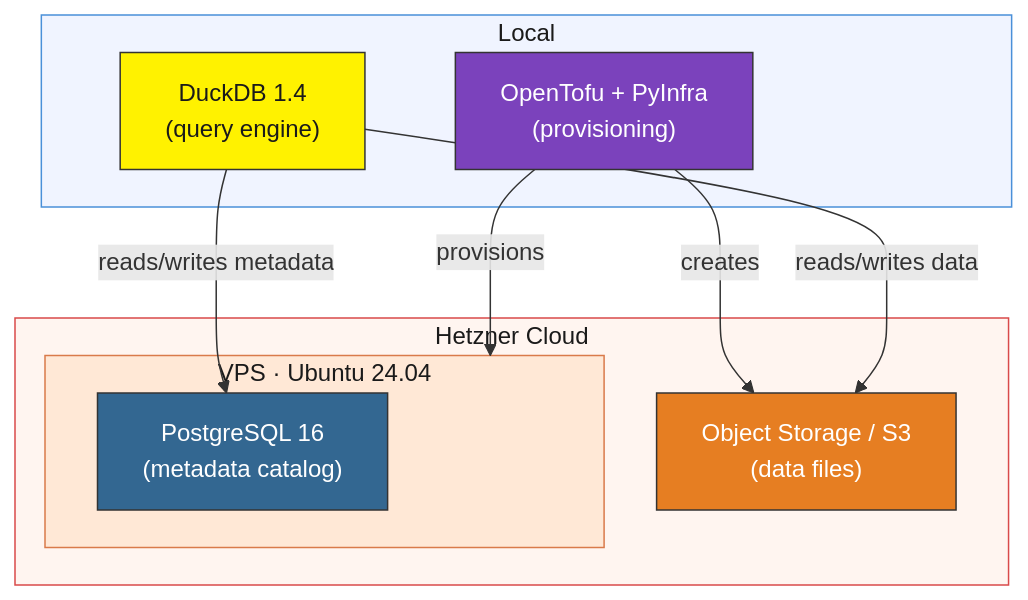
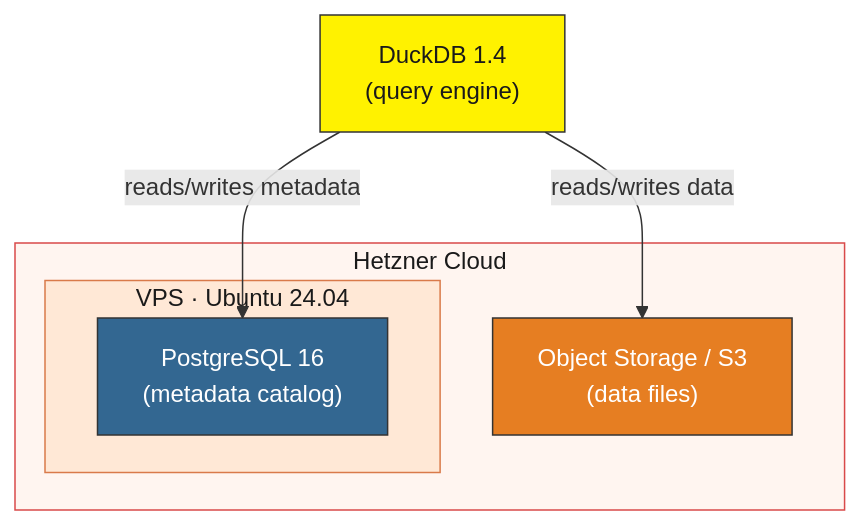
Before and after one commit to kamleon-dev/data-ducklake-hetzner: the diagram in README.md, drawn with Mermaid.

Commit message:
docs: simplify architecture diagram to runtime components only

````diff
--- a/README.md
+++ b/README.md
@@ -21,27 +21,20 @@
 ```mermaid
 graph TB
-    subgraph local["Local"]
-        DuckDB["DuckDB 1.4<br/>(query engine)"]
-        OT["OpenTofu + PyInfra<br/>(provisioning)"]
-    end
+    DuckDB["DuckDB 1.4<br/>(query engine)"]
 
     subgraph hetzner["Hetzner Cloud"]
         subgraph vps["VPS · Ubuntu 24.04"]
             PG["PostgreSQL 16<br/>(metadata catalog)"]
         end
         S3["Object Storage / S3<br/>(data files)"]
     end
 
-    OT -- "provisions" --> vps
-    OT -- "creates" --> S3
     DuckDB -- "reads/writes metadata" --> PG
     DuckDB -- "reads/writes data" --> S3
 
-    style local fill:#f0f4ff,stroke:#4a90d9,color:#1a1a1a
     style hetzner fill:#fff5f0,stroke:#d94a4a,color:#1a1a1a
     style vps fill:#ffe8d6,stroke:#d97a4a,color:#1a1a1a
     style DuckDB fill:#fff200,stroke:#333,color:#1a1a1a
     style PG fill:#336791,stroke:#333,color:#fff
     style S3 fill:#e67e22,stroke:#333,color:#fff
-    style OT fill:#7b42bc,stroke:#333,color:#fff
 ```
````
